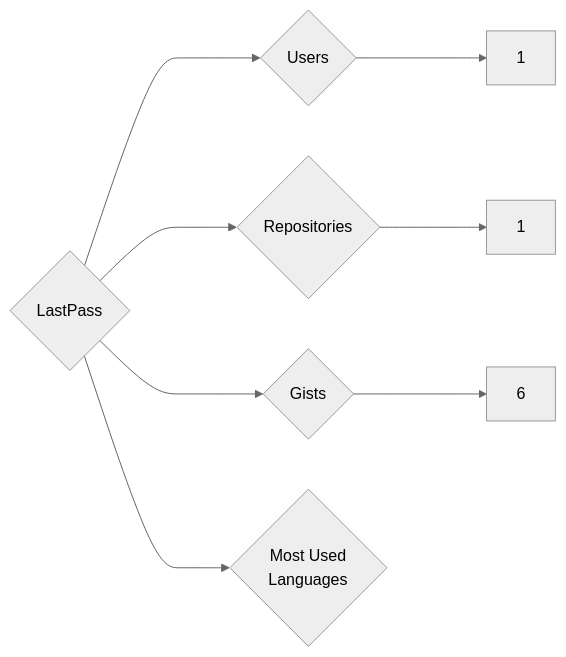
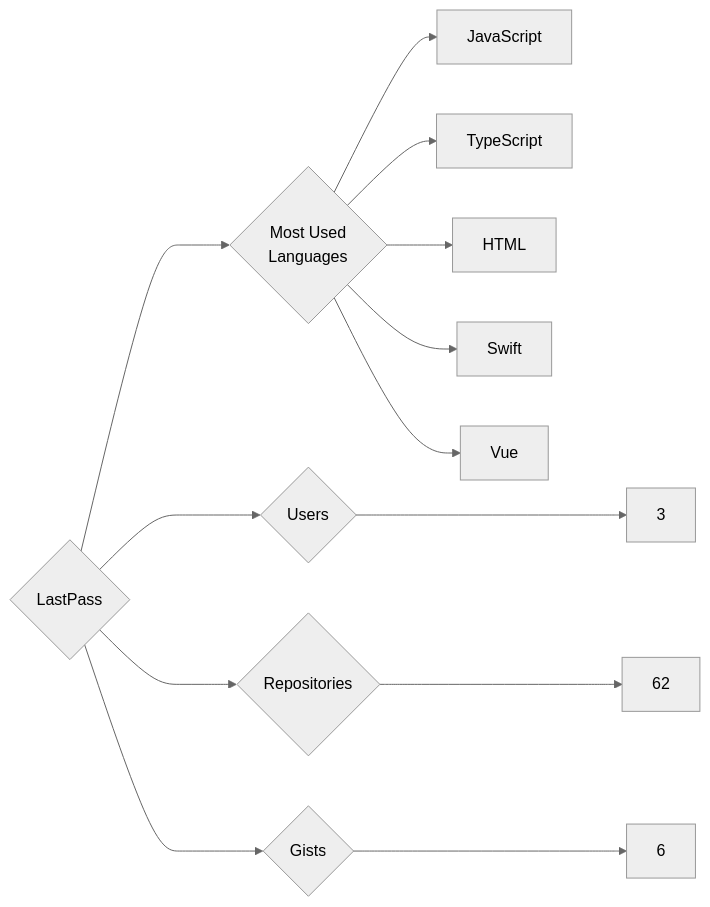
The diagram in targets/LastPass/README.md (trickest/insiders), drawn with Mermaid (neutral theme) before and after one commit. The commit also changed 640 other files, not shown here.

````diff
--- a/targets/LastPass/README.md
+++ b/targets/LastPass/README.md
@@ -3,8 +3,13 @@
 ```mermaid
 graph LR
 COMPANY_NAME{LastPass}
-COMPANY_NAME ---> U{Users} ---> UN[1]
-COMPANY_NAME ---> R{Repositories} ---> RN[1]
+COMPANY_NAME ---> U{Users} ---> UN[3]
+COMPANY_NAME ---> R{Repositories} ---> RN[62]
 COMPANY_NAME ---> G{Gists} ---> GN[6]
 COMPANY_NAME ---> ML{Most Used<br>Languages}
+ML --> JavaScript[JavaScript]
+ML --> TypeScript[TypeScript]
+ML --> HTML[HTML]
+ML --> Swift[Swift]
+ML --> Vue[Vue]
 ```
````
